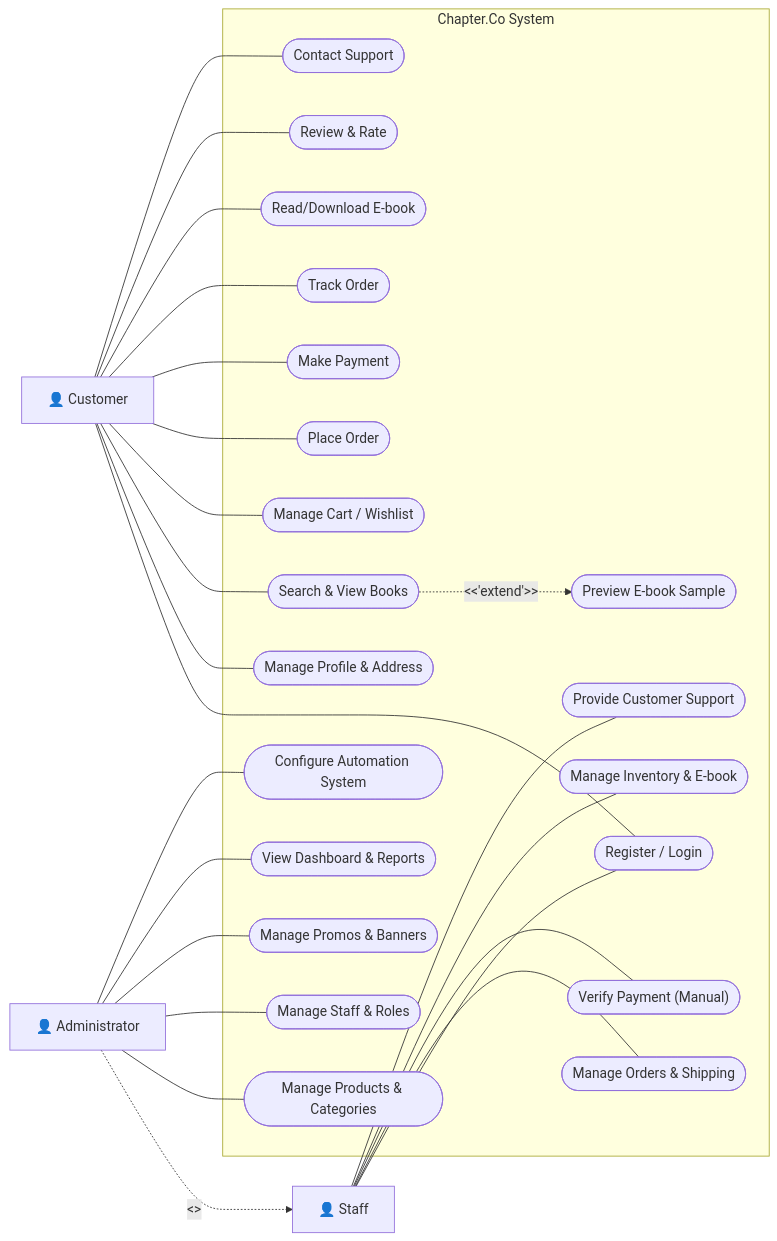
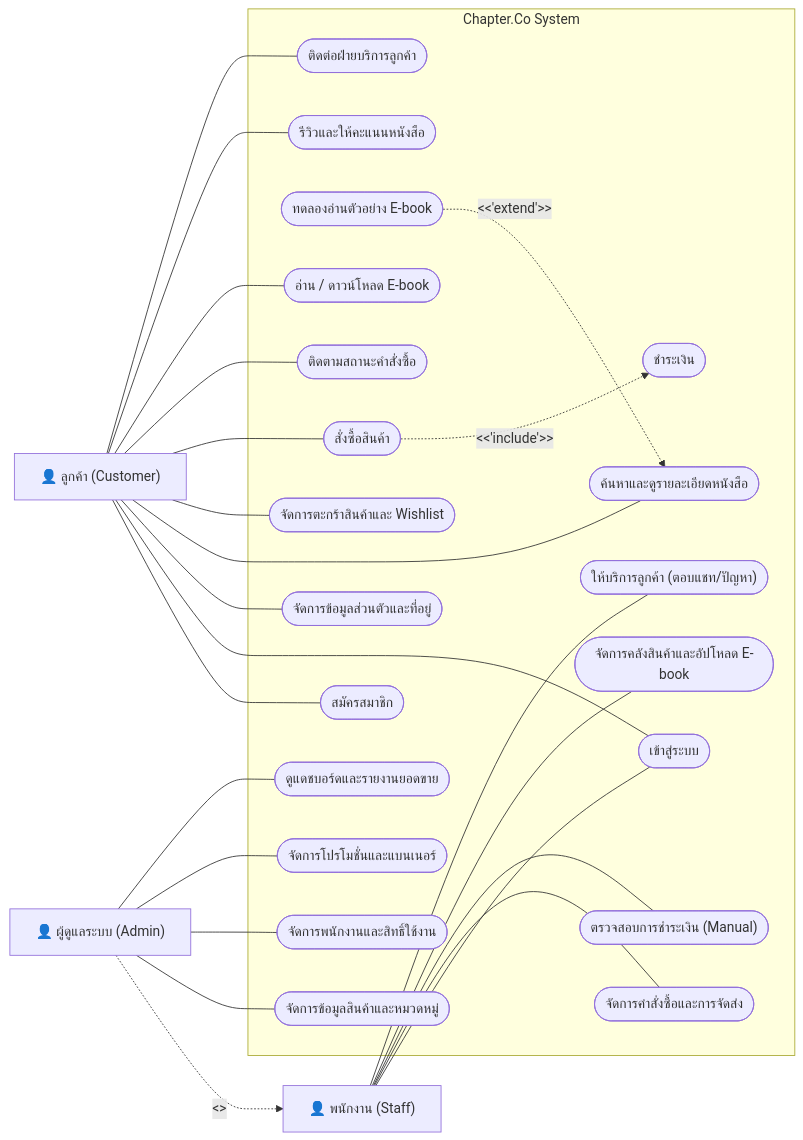
One commit to EzLeoPop-Dev/Chapter.Co changed the first of 3 diagrams in README.md. Above: the diagram before and after it, drawn with Mermaid.

Commit message:
use case diagram

````diff
--- a/README.md
+++ b/README.md
@@ -652,60 +652,70 @@
 ```mermaid
 flowchart LR
     %% จัดกลุ่ม Actors ให้อยู่ด้านซ้ายในระนาบเดียวกัน
-    Cust["👤 Customer"]
-    Staff["👤 Staff"]
-    Admin["👤 Administrator"]
+    Cust["👤 ลูกค้า (Customer)"]
+    Staff["👤 พนักงาน (Staff)"]
+    Admin["👤 ผู้ดูแลระบบ (Admin)"]
+    
     %% ความสัมพันธ์สืบทอดสิทธิ์ (Admin ทำหน้าที่แทน Staff ได้)
     Admin -. "<<inherits>>" .-> Staff
+    
     subgraph "Chapter.Co System"
         
+        %% แยก Use Case เพื่อจัดการสิทธิ์ตามที่คุณต้องการ
+        UC_Register(["สมัครสมาชิก"])
+        UC_Login(["เข้าสู่ระบบ"])
+        
         %% Customer Use Cases
-        UC_Auth(["Register / Login"])
-        UC_Profile(["Manage Profile & Address"])
-        UC_Search(["Search & View Books"])
-        UC_Preview(["Preview E-book Sample"])
-        UC_Cart(["Manage Cart / Wishlist"])
-        UC_Order(["Place Order"])
-        UC_Pay(["Make Payment"])
-        UC_Track(["Track Order"])
-        UC_Read(["Read/Download E-book"])
-        UC_Review(["Review & Rate"])
-        UC_Support(["Contact Support"])
+        UC_Profile(["จัดการข้อมูลส่วนตัวและที่อยู่"])
+        UC_Search(["ค้นหาและดูรายละเอียดหนังสือ"])
+        UC_Preview(["ทดลองอ่านตัวอย่าง E-book"])
+        UC_Cart(["จัดการตะกร้าสินค้าและ Wishlist"])
+        UC_Order(["สั่งซื้อสินค้า"])
+        UC_Pay(["ชำระเงิน"])
+        UC_Track(["ติดตามสถานะคำสั่งซื้อ"])
+        UC_Read(["อ่าน / ดาวน์โหลด E-book"])
+        UC_Review(["รีวิวและให้คะแนนหนังสือ"])
+        UC_Support(["ติดต่อฝ่ายบริการลูกค้า"])
+        
         %% Staff Use Cases
-        UC_Staff_Order(["Manage Orders & Shipping"])
-        UC_Staff_Pay(["Verify Payment (Manual)"])
-        UC_Staff_Inv(["Manage Inventory & E-book"])
-        UC_Staff_Support(["Provide Customer Support"])
+        UC_Staff_Order(["จัดการคำสั่งซื้อและการจัดส่ง"])
+        UC_Staff_Pay(["ตรวจสอบการชำระเงิน (Manual)"])
+        UC_Staff_Inv(["จัดการคลังสินค้าและอัปโหลด E-book"])
+        UC_Staff_Support(["ให้บริการลูกค้า (ตอบแชท/ปัญหา)"])
         
         %% Admin Use Cases
-        UC_Admin_Prod(["Manage Products & Categories"])
-        UC_Admin_Users(["Manage Staff & Roles"])
-        UC_Admin_Promo(["Manage Promos & Banners"])
-        UC_Admin_Report(["View Dashboard & Reports"])
-        UC_Admin_Config(["Configure Automation System"])
+        UC_Admin_Prod(["จัดการข้อมูลสินค้าและหมวดหมู่"])
+        UC_Admin_Users(["จัดการพนักงานและสิทธิ์ใช้งาน"])
+        UC_Admin_Promo(["จัดการโปรโมชั่นและแบนเนอร์"])
+        UC_Admin_Report(["ดูแดชบอร์ดและรายงานยอดขาย"])
     end
-    %% เส้นความสัมพันธ์ของ Customer
-    Cust --- UC_Auth
+
+    %% เส้นความสัมพันธ์ของ Customer (ทำได้ทั้งคู่)
+    Cust --- UC_Register
+    Cust --- UC_Login
+    
     Cust --- UC_Profile
     Cust --- UC_Search
-    UC_Search -. "<<'extend'>>" .-> UC_Preview
+    UC_Preview -. "<<'extend'>>" .-> UC_Search
     Cust --- UC_Cart
     Cust --- UC_Order
-    Cust --- UC_Pay
+    UC_Order -. "<<'include'>>" .-> UC_Pay
     Cust --- UC_Track
     Cust --- UC_Read
     Cust --- UC_Review
     Cust --- UC_Support
-    %% เส้นความสัมพันธ์ของ Staff
-    Staff --- UC_Auth
+
+    %% เส้นความสัมพันธ์ของ Staff (ล็อกอินได้อย่างเดียว ไม่ต้องสมัคร)
+    Staff --- UC_Login
+    
     Staff --- UC_Staff_Order
     Staff --- UC_Staff_Pay
     Staff --- UC_Staff_Inv
     Staff --- UC_Staff_Support
+
     %% เส้นความสัมพันธ์ของ Admin
     Admin --- UC_Admin_Prod
     Admin --- UC_Admin_Users
     Admin --- UC_Admin_Promo
     Admin --- UC_Admin_Report
-    Admin --- UC_Admin_Config
 ```
````
